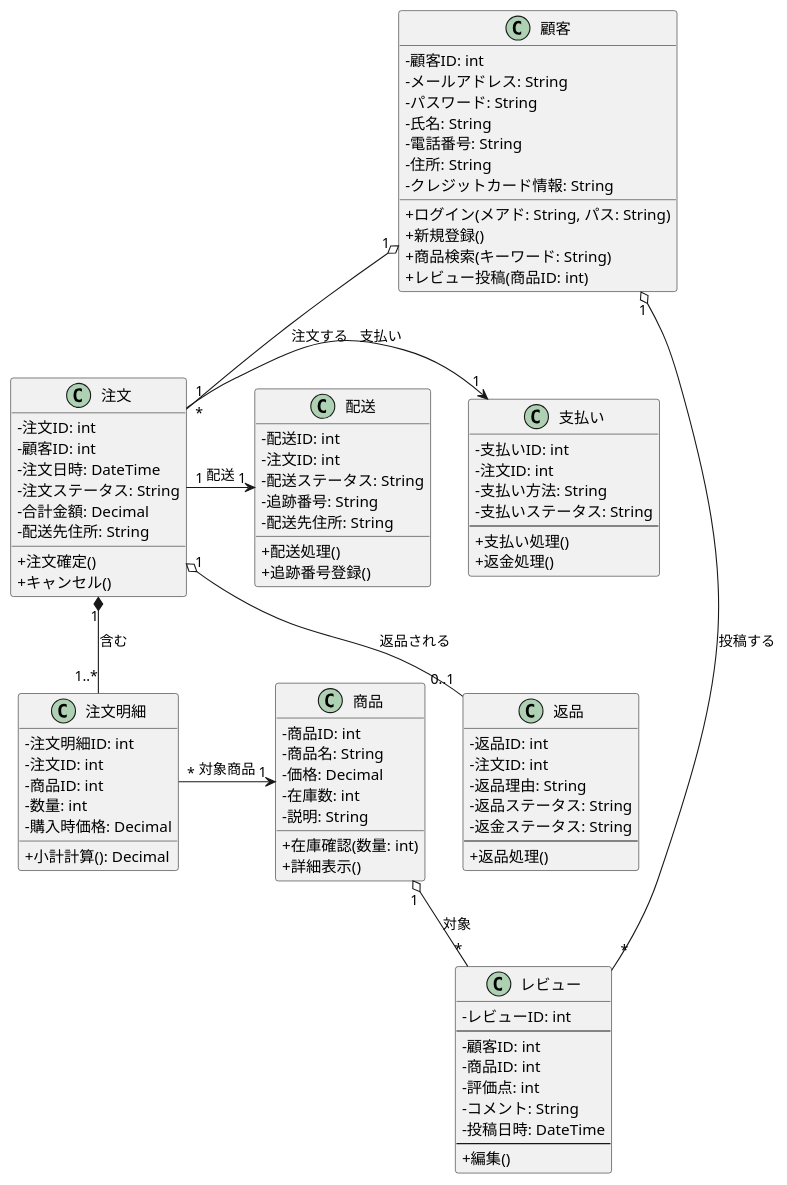
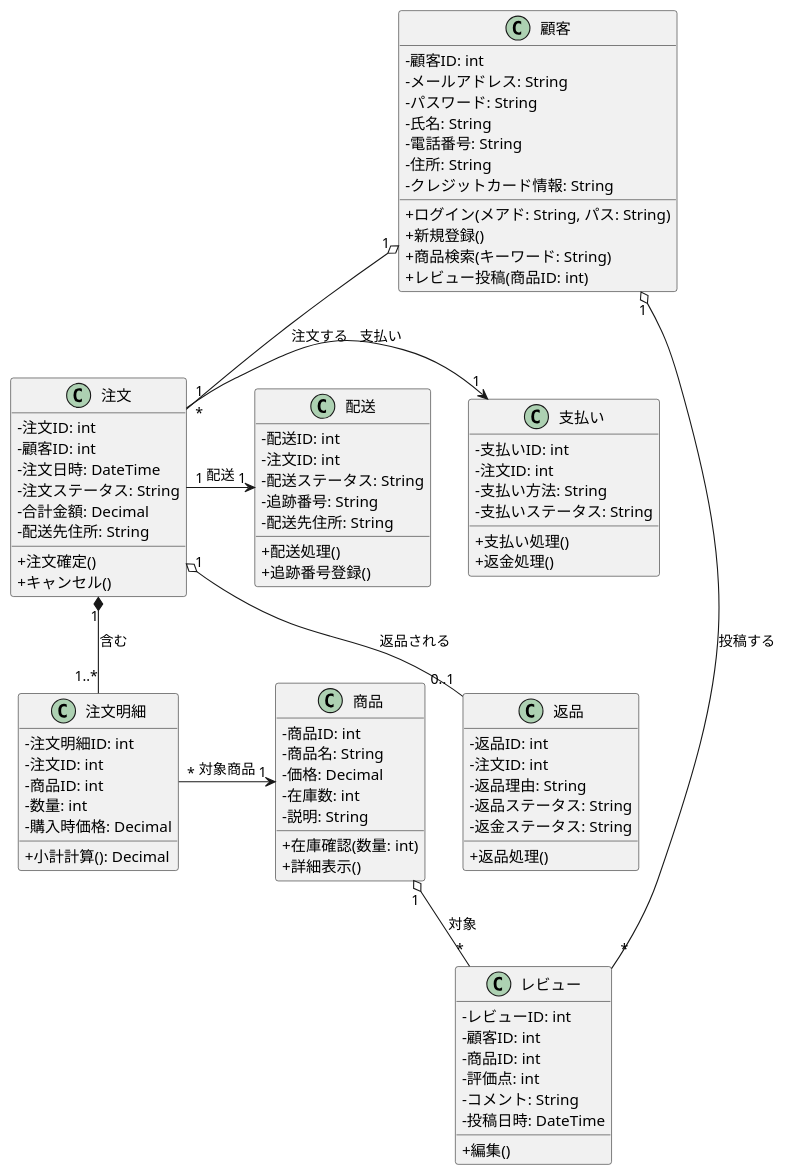
Before and after one commit to mameiku/group3-4: the diagram in class.pu, drawn with PlantUML.

Commit message:
小調整

```diff
--- a/class.pu
+++ b/class.pu
@@ -1,121 +1,117 @@
 @startuml Bag_systemドメインモデル図
 skinparam handwritten false
 skinparam classAttributeIconSize 0
 
 class 顧客 {
     - 顧客ID: int
     - メールアドレス: String
     - パスワード: String
     - 氏名: String
     - 電話番号: String
     - 住所: String
     - クレジットカード情報: String
     + ログイン(メアド: String, パス: String)
     + 新規登録()
     + 商品検索(キーワード: String)
     + レビュー投稿(商品ID: int)
 }
 
 class 商品 {
     - 商品ID: int
     - 商品名: String
     - 価格: Decimal
     - 在庫数: int
     - 説明: String
     + 在庫確認(数量: int)
     + 詳細表示()
 }
 
 class 注文 {
     - 注文ID: int 
     - 顧客ID: int 
     - 注文日時: DateTime
     - 注文ステータス: String
     - 合計金額: Decimal
     - 配送先住所: String
     + 注文確定()
     + キャンセル()
 }
 
 class 注文明細 {
     - 注文明細ID: int 
     - 注文ID: int 
     - 商品ID: int 
     - 数量: int
     - 購入時価格: Decimal
     + 小計計算(): Decimal
 }
 
 class レビュー {
     - レビューID: int 
-    --
     - 顧客ID: int
     - 商品ID: int
     - 評価点: int
     - コメント: String
     - 投稿日時: DateTime
-    --
     + 編集()
 }
 
 class 支払い {
     - 支払いID: int 
     - 注文ID: int 
     - 支払い方法: String
     - 支払いステータス: String
-    --
     + 支払い処理()
     + 返金処理()
 }
 
 class 配送 {
     - 配送ID: int
     - 注文ID: int
     - 配送ステータス: String
     - 追跡番号: String
     - 配送先住所: String
     + 配送処理()
     + 追跡番号登録()
 }
 
 class 返品 {
     - 返品ID: int
     - 注文ID: int
     - 返品理由: String
     - 返品ステータス: String
     - 返金ステータス: String
-    --
     + 返品処理()
 }
 
 ' ====================================================================
 ' 関連定義 (Associations)
 ' ====================================================================
 
 ' 顧客 - 注文 
 顧客 "1" o-- "*" 注文 : 注文する
 
 ' 注文 - 注文明細 (注文は複数の明細を持つ)
 注文 "1" *-- "1..*" 注文明細 : 含む
 
 ' ********** 修正箇所 **********
 ' 注文明細 -> 商品 (注文明細から商品を参照する一方向)
 注文明細 "*" -> "1" 商品 : 対象商品
 ' ******************************
 
 ' 顧客 - レビュー
 顧客 "1" o-- "*" レビュー : 投稿する
 
 ' 商品 - レビュー
 商品 "1" o-- "*" レビュー : 対象
 
 ' 注文 -> 支払い
 注文 "1" -> "1" 支払い : 支払い
 
 ' 注文 -> 配送
 注文 "1" -> "1" 配送 : 配送
 
 ' 注文 - 返品
 注文 "1" o-- "0..1" 返品 : 返品される
 
 @enduml
```
